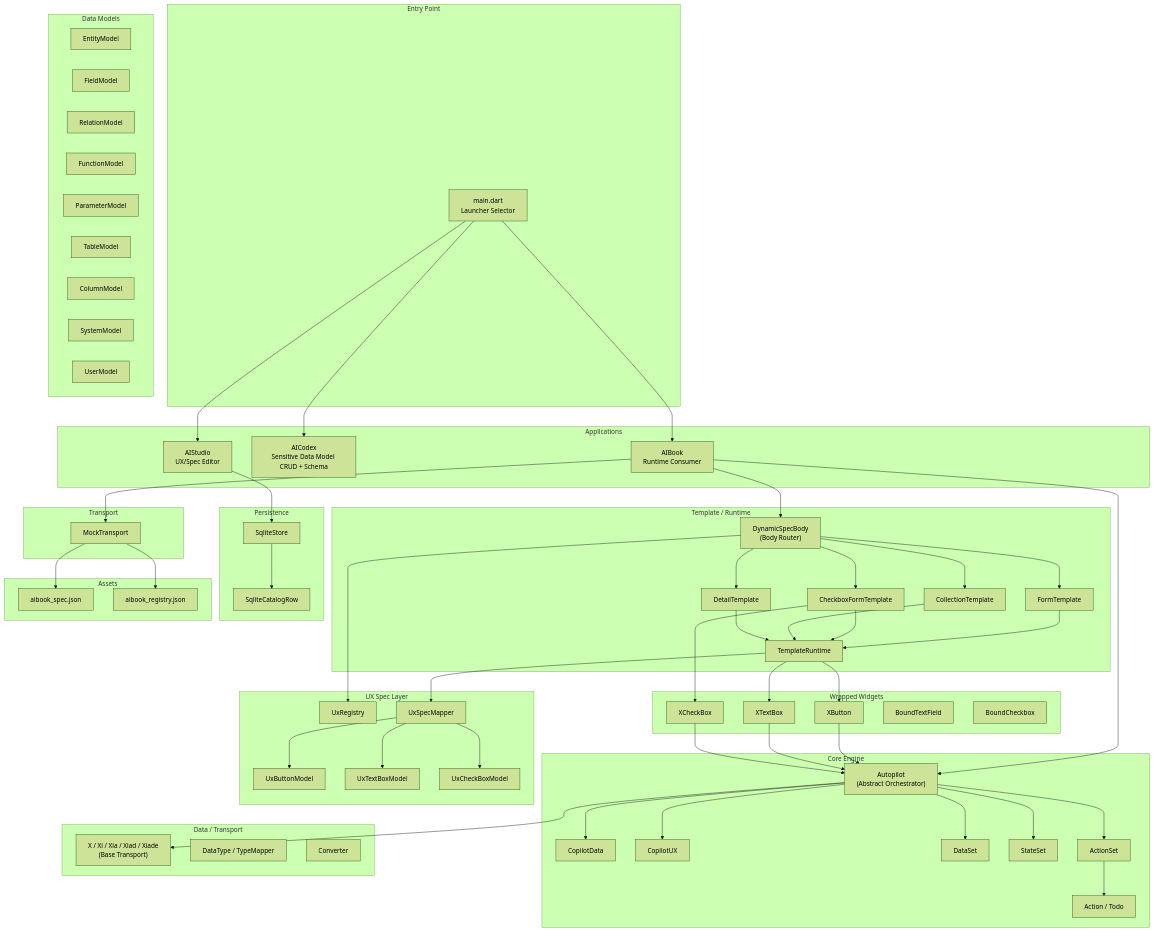
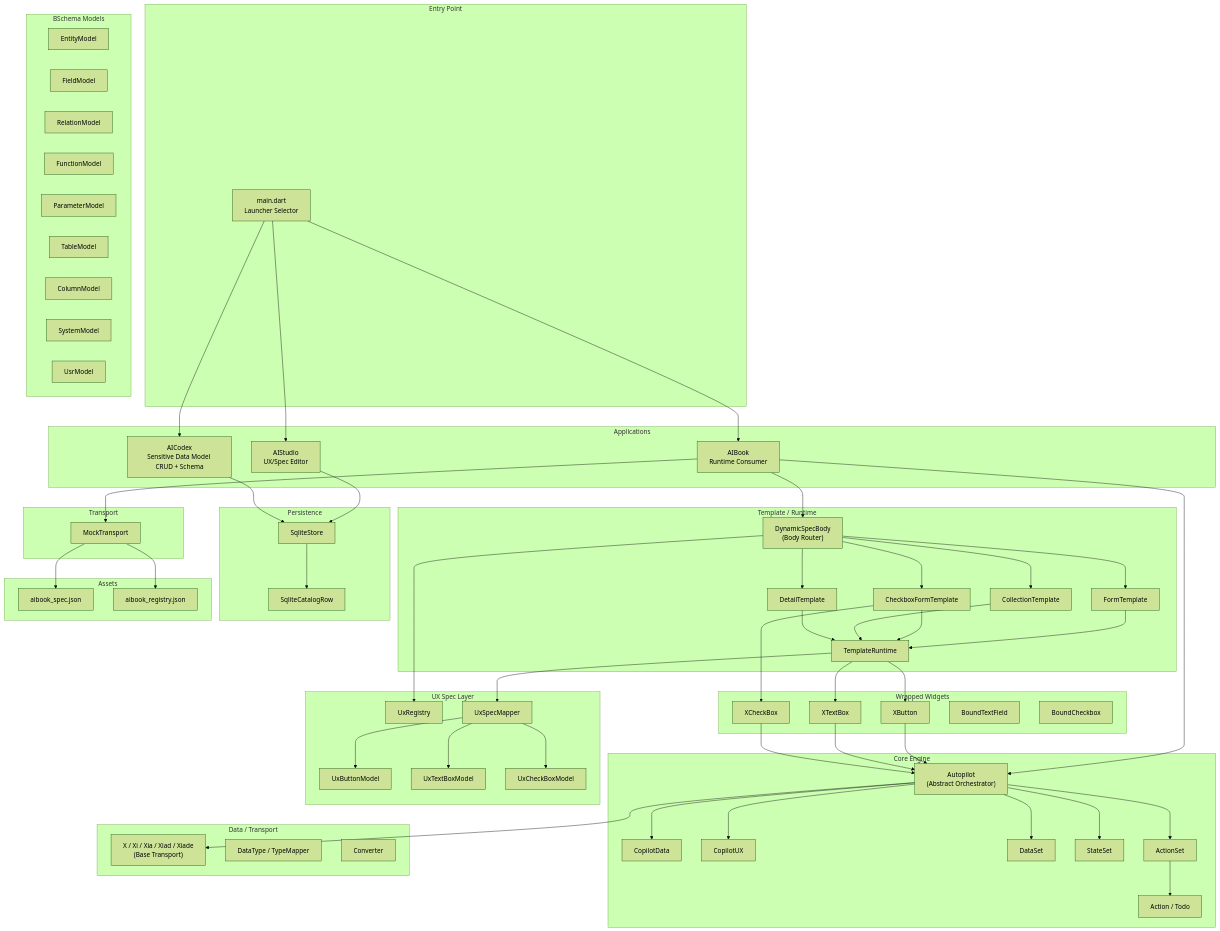
The first of 4 diagrams in docs/project_deep_analysis.md (githubflutter/genrp), drawn with Mermaid (forest theme) before and after one commit. The commit also changed other lines of this file and 58 other files, not shown here.

First line of the commit message:
feat: Add models for schema representation and UI components

````diff
--- a/docs/project_deep_analysis.md
+++ b/docs/project_deep_analysis.md
@@ -81,7 +85,7 @@
         SCR["SqliteCatalogRow"]
     end
 
-    subgraph "Data Models"
+    subgraph "BSchema Models"
         EM["EntityModel"]
         FM["FieldModel"]
         RM["RelationModel"]
@@ -90,7 +94,7 @@
         TM["TableModel"]
         CM["ColumnModel"]
         SM["SystemModel"]
-        UM["UserModel"]
+        UM["UsrModel"]
     end
 
     subgraph "Transport"
@@ -146,5 +150,6 @@
     MT --> REGJ
 
     AISTUDIO --> SQL
+    AICODEX --> SQL
     SQL --> SCR
 ```
````
